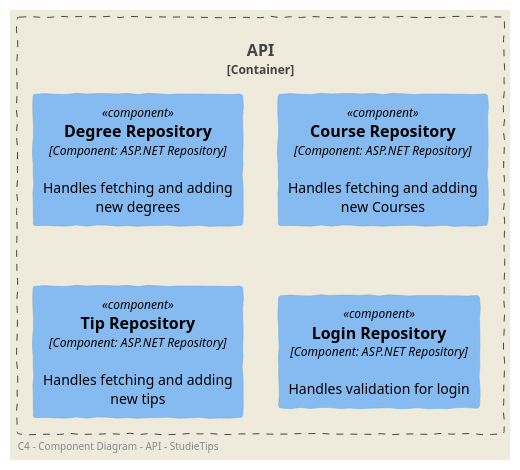
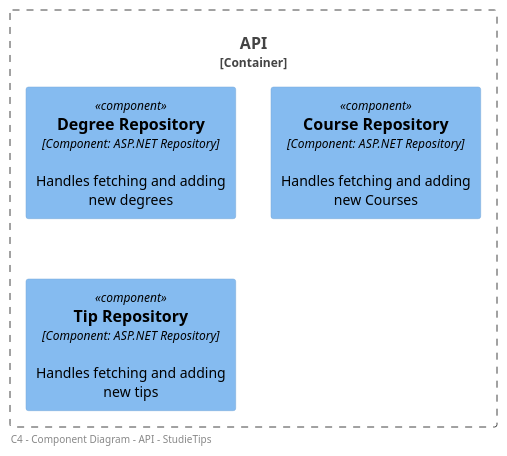
Before and after one commit to I4PRJ4/I4PRJ4-plantuml: the diagram in C4/C4-Level3/Component-API.puml, drawn with PlantUML. The commit also changed 4 other files, not shown here.

```diff
--- a/C4/C4-Level3/Component-API.puml
+++ b/C4/C4-Level3/Component-API.puml
@@ -1,16 +1,14 @@
-@startuml
+@startuml Component Diagram API
 !include <C4/C4_Container>
 !include <C4/C4_Component>
-LAYOUT_AS_SKETCH()
 
 left footer "   C4 - Component Diagram - API - StudieTips"
 
 Container_Boundary(API,"API",""){
     
     Component(Repository1, "Degree Repository", "Component: ASP.NET Repository","Handles fetching and adding new degrees")
     Component(Repository2, "Course Repository", "Component: ASP.NET Repository","Handles fetching and adding new Courses")
     Component(Repository3, "Tip Repository", "Component: ASP.NET Repository","Handles fetching and adding new tips")
-    Component(Repository4, "Login Repository", "Component: ASP.NET Repository","Handles validation for login")    
 }
 
 @enduml
```
